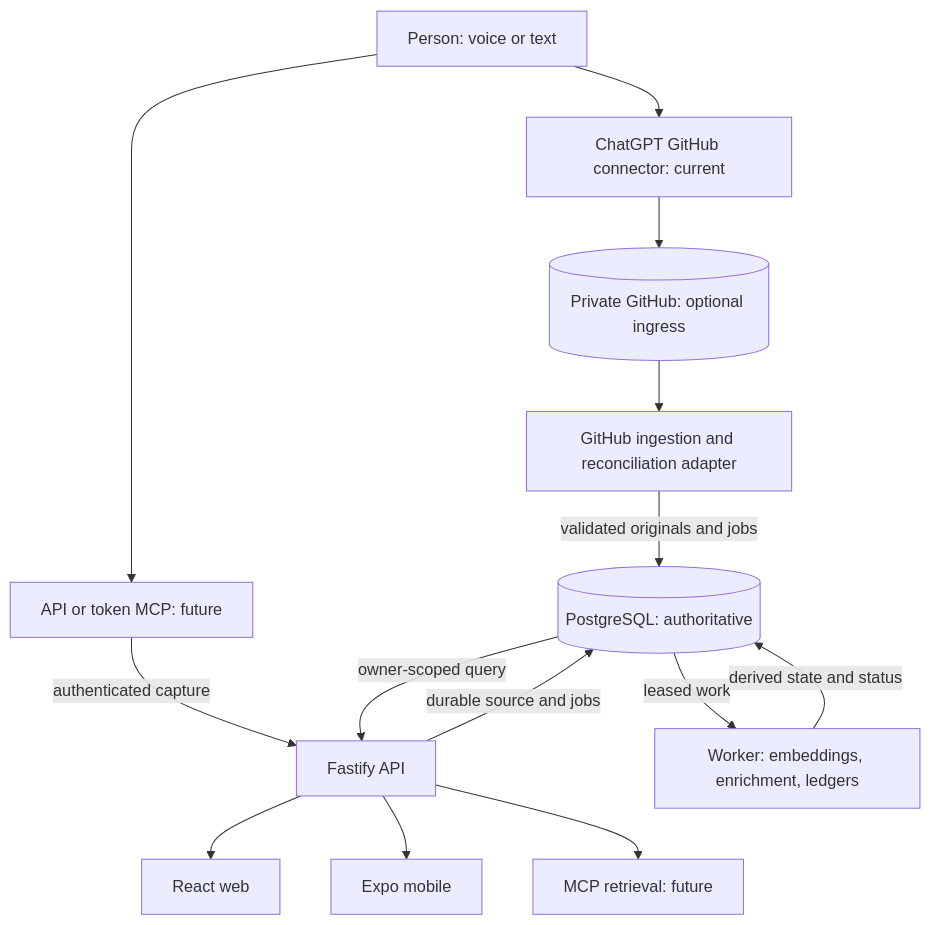
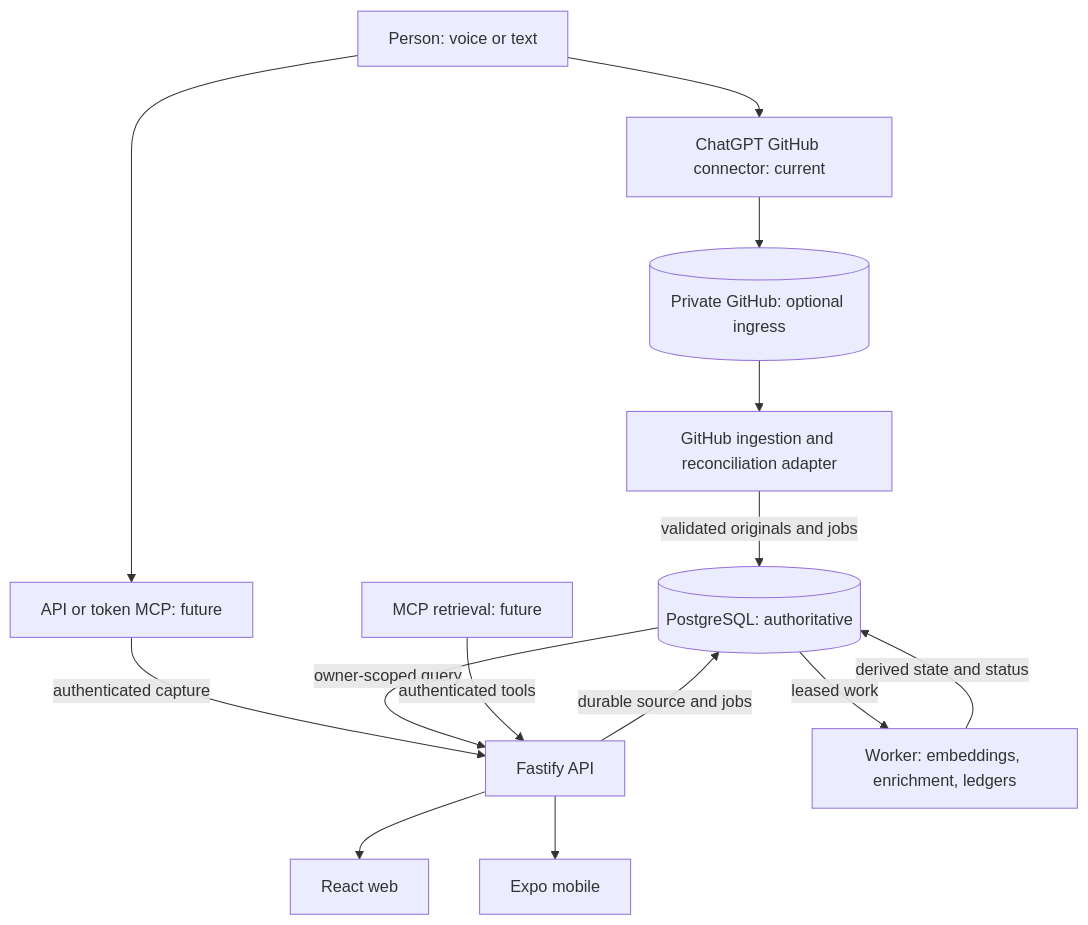
Before and after one commit to vokerg/personal_context_engine: the diagram in docs/02-architecture.md, drawn with Mermaid. The commit also changed other lines of this file, not shown here.

Commit message:
docs(review): clarify historical file finalization and API/MCP flow

````diff
--- a/docs/02-architecture.md
+++ b/docs/02-architecture.md
@@ -7,16 +7,16 @@
 ```mermaid
 flowchart TD
   U[Person: voice or text] --> G[ChatGPT GitHub connector: current]
   U --> M[API or token MCP: future]
   G --> C[(Private GitHub: optional ingress)]
   C --> I[GitHub ingestion and reconciliation adapter]
   I -->|validated originals and jobs| DB[(PostgreSQL: authoritative)]
   M -->|authenticated capture| API[Fastify API]
   API -->|durable source and jobs| DB
   DB -->|leased work| W[Worker: embeddings, enrichment, ledgers]
   W -->|derived state and status| DB
   DB -->|owner-scoped query| API
   API --> WEB[React web]
   API --> MOB[Expo mobile]
-  API --> MCP[MCP retrieval: future]
+  MCP[MCP retrieval: future] -->|authenticated tools| API
 ```
````
